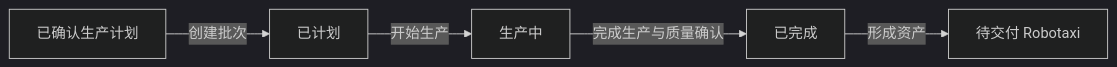
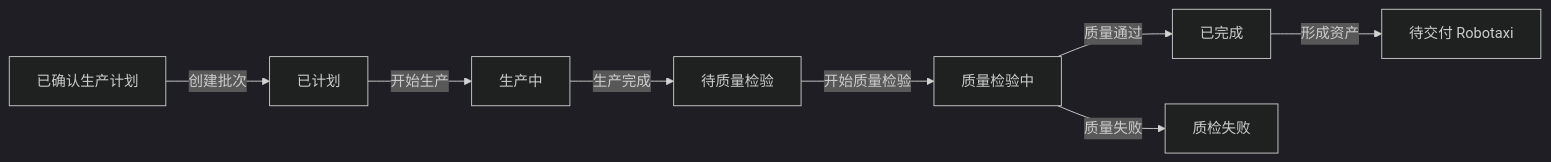
One commit to Chizheng4/robotaxi changed the diagram in doc/04-fleet-supply-management/02-production-batch.md. Above: the diagram before and after it, drawn with Mermaid (dark theme). The commit also changed other lines of this file and 25 other files, not shown here.

````diff
--- a/doc/04-fleet-supply-management/02-production-batch.md
+++ b/doc/04-fleet-supply-management/02-production-batch.md
@@ -7,7 +7,10 @@
 ```mermaid
 flowchart LR
   A["已确认生产计划"] -->|创建批次| B["已计划"]
   B -->|开始生产| C["生产中"]
-  C -->|完成生产与质量确认| D["已完成"]
-  D -->|形成资产| E["待交付 Robotaxi"]
+  C -->|生产完成| D["待质量检验"]
+  D -->|开始质量检验| E["质量检验中"]
+  E -->|质量通过| F["已完成"]
+  E -->|质量失败| G["质检失败"]
+  F -->|形成资产| H["待交付 Robotaxi"]
 ```
````
